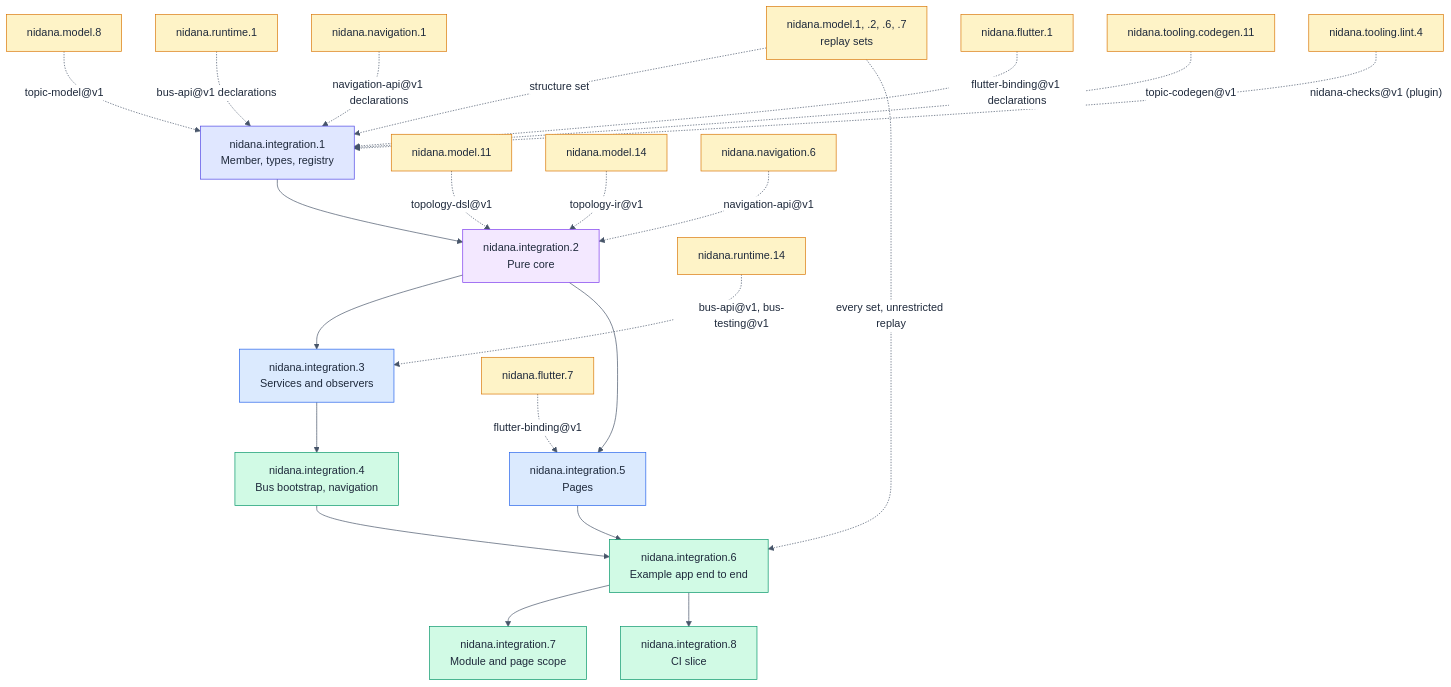
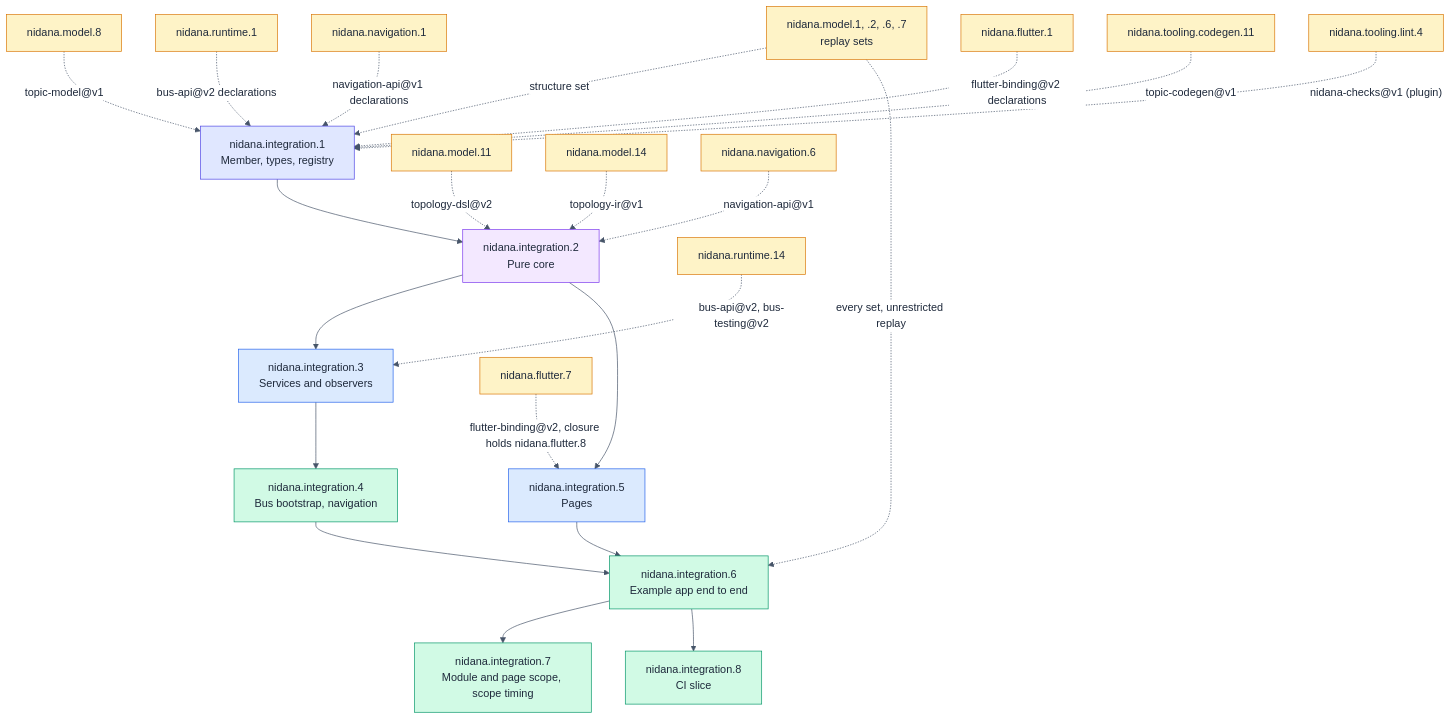
The diagram in hsdd/spec/nidana.integration.md (Samsara-Stream/nidana-bus-dart), drawn with Mermaid before and after one commit. The commit also changed other lines of this file, not shown here.

Commit message:
hsdd: S92 hsdd-phase-plan nidana.integration re-plan for v0.15.1 (H21): scope-timing slice, both module bindings

````diff
--- a/hsdd/spec/nidana.integration.md
+++ b/hsdd/spec/nidana.integration.md
@@ -273,69 +304,69 @@
 ```mermaid
 %%{init:{'theme':'base','themeVariables':{'primaryTextColor':'#1e293b','lineColor':'#475569','edgeLabelBackground':'#ffffff','tertiaryTextColor':'#1e293b'}}}%%
 flowchart TD
     P1["nidana.integration.1<br/>Member, types, registry"]
     P2["nidana.integration.2<br/>Pure core"]
     P3["nidana.integration.3<br/>Services and observers"]
     P4["nidana.integration.4<br/>Bus bootstrap, navigation"]
     P5["nidana.integration.5<br/>Pages"]
     P6["nidana.integration.6<br/>Example app end to end"]
-    P7["nidana.integration.7<br/>Module and page scope"]
+    P7["nidana.integration.7<br/>Module and page scope, scope timing"]
     P8["nidana.integration.8<br/>CI slice"]
 
     MT["nidana.model.1, .2, .6, .7<br/>replay sets"]
     M8["nidana.model.8"]
     M11["nidana.model.11"]
     M14["nidana.model.14"]
     R1["nidana.runtime.1"]
     R14["nidana.runtime.14"]
     N1["nidana.navigation.1"]
     N6["nidana.navigation.6"]
     F1["nidana.flutter.1"]
     F7["nidana.flutter.7"]
     TA["nidana.tooling.codegen.11"]
     TB["nidana.tooling.lint.4"]
 
     P1 --> P2
     P2 --> P3
     P3 --> P4
     P2 --> P5
     P4 --> P6
     P5 --> P6
     P6 --> P7
     P6 --> P8
 
     MT -. "structure set" .-> P1
     MT -. "every set, unrestricted replay" .-> P6
     M8 -. "topic-model@v1" .-> P1
-    R1 -. "bus-api@v1 declarations" .-> P1
+    R1 -. "bus-api@v2 declarations" .-> P1
     N1 -. "navigation-api@v1 declarations" .-> P1
-    F1 -. "flutter-binding@v1 declarations" .-> P1
+    F1 -. "flutter-binding@v2 declarations" .-> P1
     TA -. "topic-codegen@v1" .-> P1
     TB -. "nidana-checks@v1 (plugin)" .-> P1
-    M11 -. "topology-dsl@v1" .-> P2
+    M11 -. "topology-dsl@v2" .-> P2
     M14 -. "topology-ir@v1" .-> P2
     N6 -. "navigation-api@v1" .-> P2
-    R14 -. "bus-api@v1, bus-testing@v1" .-> P3
-    F7 -. "flutter-binding@v1" .-> P5
+    R14 -. "bus-api@v2, bus-testing@v2" .-> P3
+    F7 -. "flutter-binding@v2, closure holds nidana.flutter.8" .-> P5
 
     style P1 fill:#e0e7ff,stroke:#4f46e5,color:#1e293b
     style P2 fill:#f3e8ff,stroke:#7c3aed,color:#1e293b
     style P3 fill:#dbeafe,stroke:#2563eb,color:#1e293b
     style P5 fill:#dbeafe,stroke:#2563eb,color:#1e293b
     style P4 fill:#d1fae5,stroke:#059669,color:#1e293b
     style P6 fill:#d1fae5,stroke:#059669,color:#1e293b
     style P7 fill:#d1fae5,stroke:#059669,color:#1e293b
     style P8 fill:#d1fae5,stroke:#059669,color:#1e293b
     style MT fill:#fef3c7,stroke:#d97706,color:#1e293b
     style M8 fill:#fef3c7,stroke:#d97706,color:#1e293b
     style M11 fill:#fef3c7,stroke:#d97706,color:#1e293b
     style M14 fill:#fef3c7,stroke:#d97706,color:#1e293b
     style R1 fill:#fef3c7,stroke:#d97706,color:#1e293b
     style R14 fill:#fef3c7,stroke:#d97706,color:#1e293b
     style N1 fill:#fef3c7,stroke:#d97706,color:#1e293b
     style N6 fill:#fef3c7,stroke:#d97706,color:#1e293b
     style F1 fill:#fef3c7,stroke:#d97706,color:#1e293b
     style F7 fill:#fef3c7,stroke:#d97706,color:#1e293b
     style TA fill:#fef3c7,stroke:#d97706,color:#1e293b
     style TB fill:#fef3c7,stroke:#d97706,color:#1e293b
 ```
````
